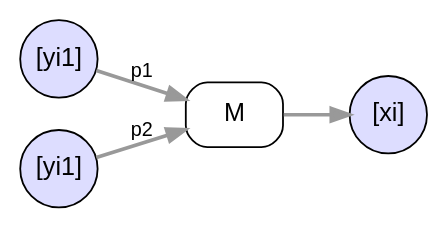
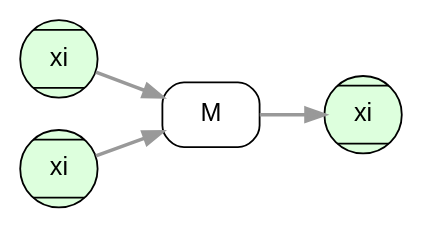
One commit to drautzburg/currychicken changed the diagram in opal/ProductsMerge.dot. Above: the diagram before and after it, drawn with Graphviz. The commit also changed 6 other files, not shown here.

```diff
--- a/opal/ProductsMerge.dot
+++ b/opal/ProductsMerge.dot
@@ -1,19 +1,19 @@
 digraph d {
 	node [fontname = "Arial"];
 	edge [fontname = "Arial", fontsize=11,color="#999999", penwidth=2, weight=1];
 
 	rankdir=LR
-	subgraph list {
-		node [shape=circle, style=filled, fillcolor="#DDDDFF", fixedsize=true, width=0.6]
-		xi [label="[xi]"]
-		yi1 [label="[yi1]"]
-		yi2 [label="[yi1]"]
+	subgraph product {
+		node [shape=Mcircle, style=filled, fillcolor="#DDFFDD", fixedsize=true, width=0.6]
+		xi [label="xi"]
+		yi1 [label="xi"]
+		yi2 [label="xi"]
 		}
 	subgraph process {
 		node [shape=box, style=rounded]
 		M
 	}
-yi1 -> M [label="p1"]
-yi2 -> M [label="p2"]
+yi1 -> M 
+yi2 -> M 
 M -> xi
 }
```
